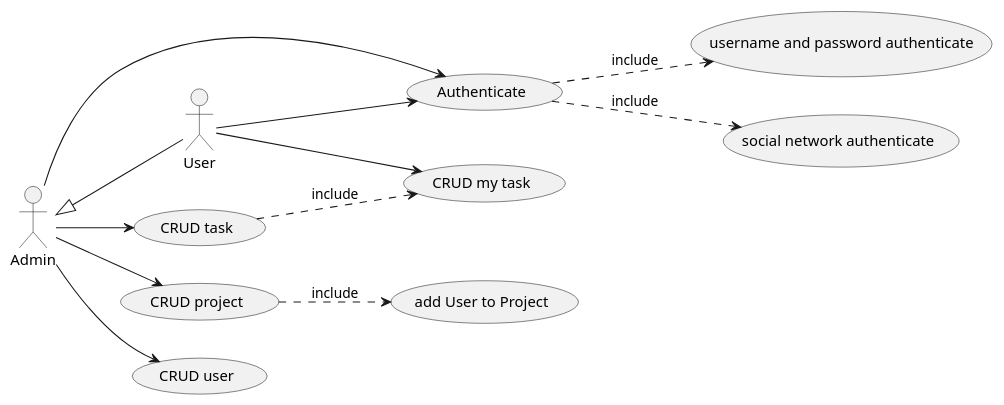
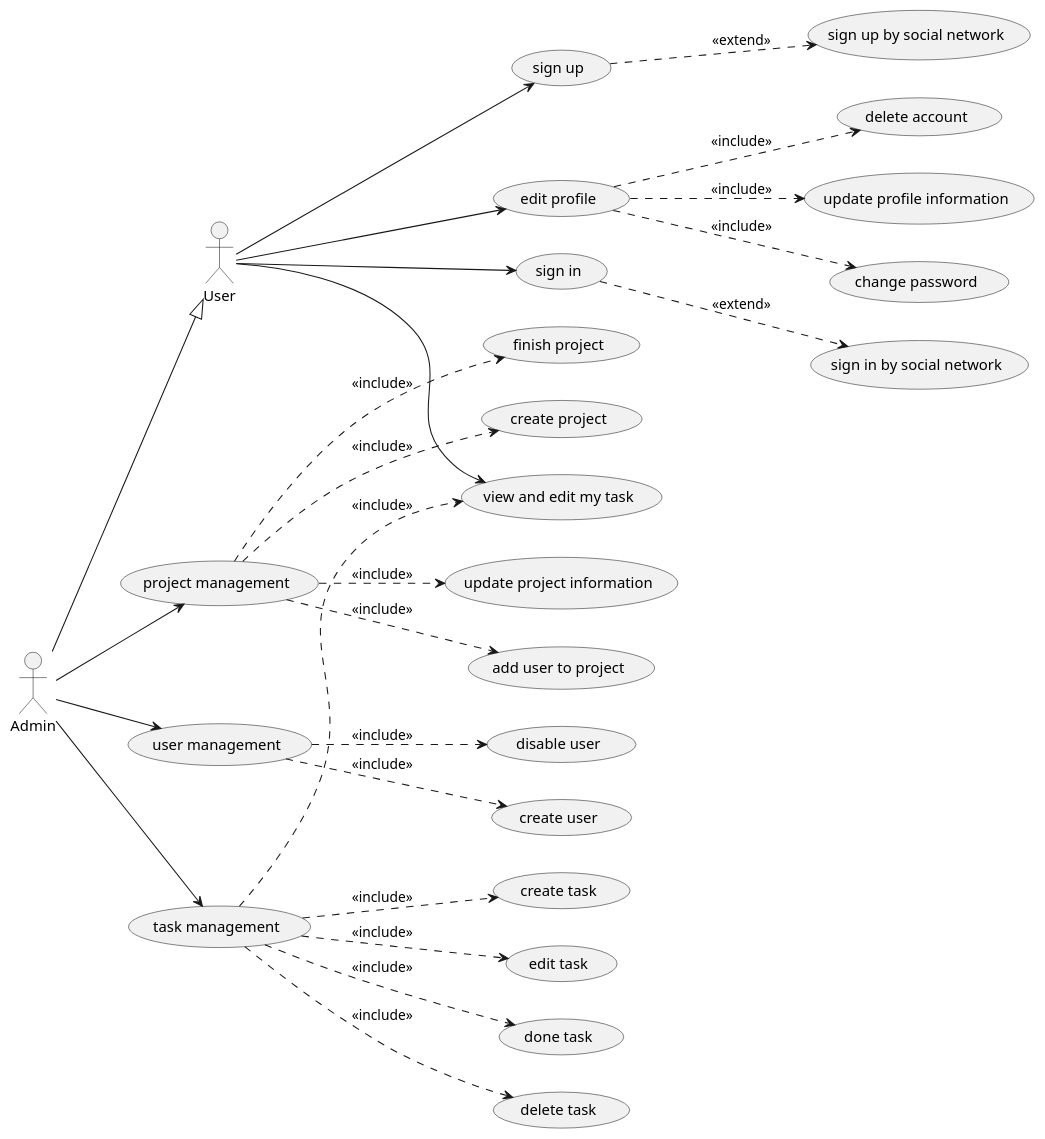
The diagram in docs/usecase.plantuml (felixnguyen678/project-todo-app-lb4), drawn with PlantUML before and after one commit. The commit also changed 1 other file, not shown here.

Commit message:
quangphuc | update use case diagram

```diff
--- a/docs/usecase.plantuml
+++ b/docs/usecase.plantuml
@@ -2,17 +2,36 @@
 @startuml
 
 left to right direction
-Admin <|-- User
-(CRUD task) ..> (CRUD my task): include
-(Authenticate) ..> (username and password authenticate): include
-(Authenticate) ..> (social network authenticate): include
-(CRUD project) ..> (add User to Project):  include
+(task management) ..> (view and edit my task): <<include>>
+(task management) ..> (create task): <<include>>
+(task management) ..> (edit task): <<include>>
+(task management) ..> (done task): <<include>>
+(task management) ..> (delete task): <<include>>
 
-Admin --> (Authenticate)
-Admin --> (CRUD task)
-Admin --> (CRUD project)
-Admin --> (CRUD user)
+(project management) ..> (create project): <<include>>
+(project management) ..> (update project information): <<include>>
+(project management) ..> (add user to project): <<include>>
+(project management) ..> (finish project): <<include>>
 
-User --> (Authenticate)
-User --> (CRUD my task)
+(user management) ..> (create user): <<include>>
+(user management) ..> (disable user): <<include>>
+
+(edit profile)..> (update profile information): <<include>>
+(edit profile)..> (change password): <<include>>
+(edit profile)..> (delete account): <<include>>
+
+(sign in) ..> (sign in by social network): <<extend>>
+
+(sign up) ..> (sign up by social network): <<extend>>
+
+User --> (sign in)
+User --> (sign up)
+User --> (view and edit my task)
+User --> (edit profile)
+
+Admin --|> User
+
+Admin --> (task management)
+Admin --> (user management)
+Admin --> (project management)
 @enduml
```
